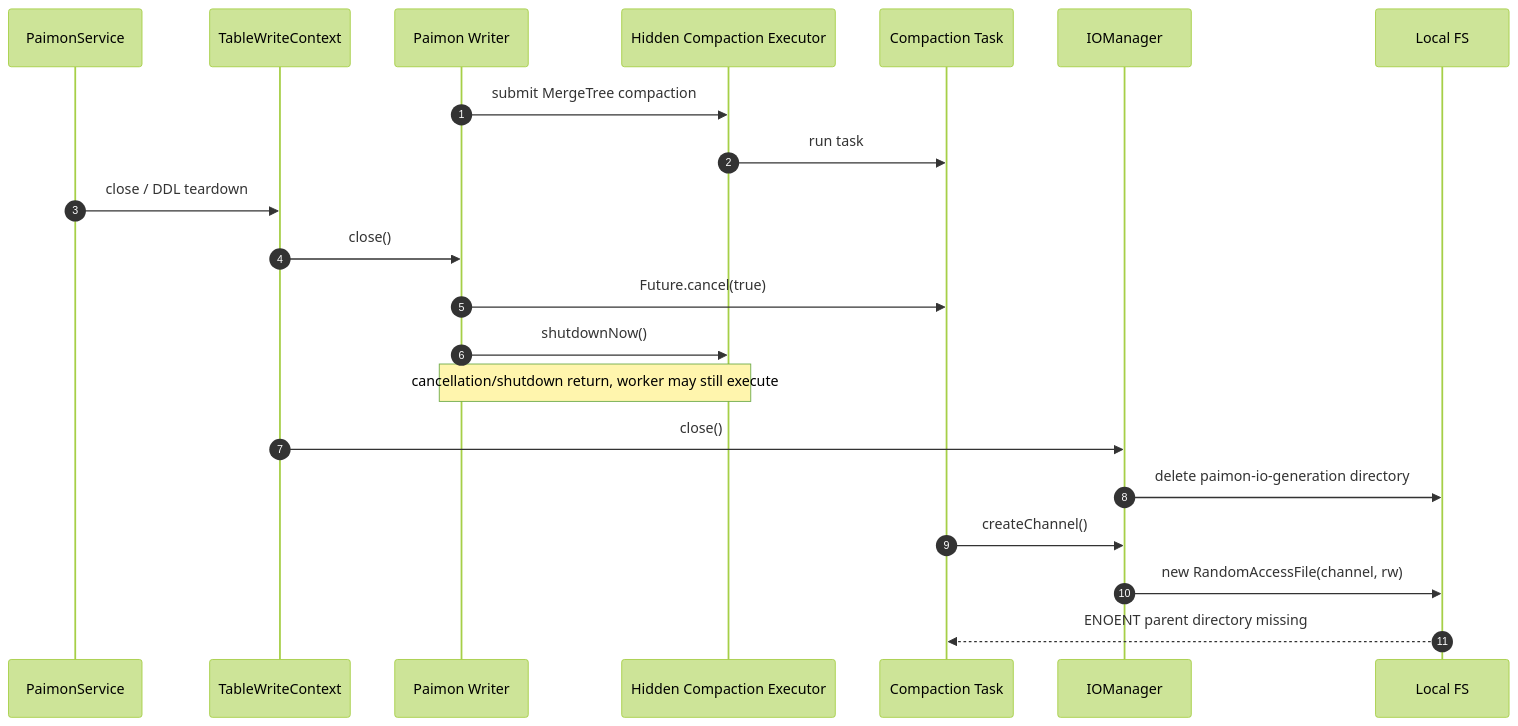
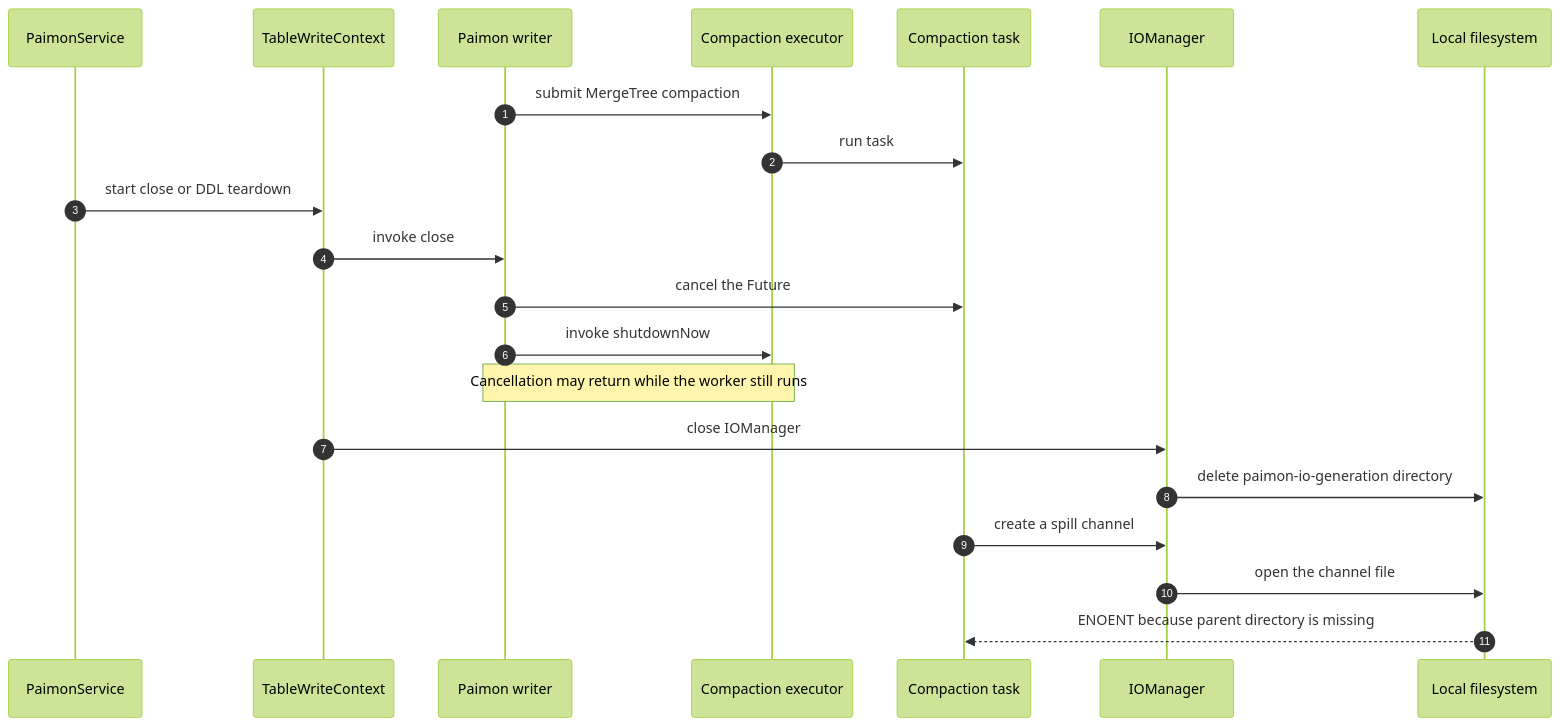
Before and after one commit to czy006/tapdata-connectors: the first of 5 diagrams in connectors/paimon-plus-connector/src/doc/paimon-spill-compaction-lifecycle-root-fix-spec.md, drawn with Mermaid (forest theme). The commit also changed other lines of this file and 1 other file, not shown here.

First line of the commit message:
docs: make Paimon lifecycle diagrams portable

````diff
--- a/connectors/paimon-plus-connector/src/doc/paimon-spill-compaction-lifecycle-root-fix-spec.md
+++ b/connectors/paimon-plus-connector/src/doc/paimon-spill-compaction-lifecycle-root-fix-spec.md
@@ -191,24 +197,24 @@
 ```mermaid
 sequenceDiagram
     autonumber
     participant S as PaimonService
     participant C as TableWriteContext
-    participant W as Paimon Writer
-    participant E as Hidden Compaction Executor
-    participant T as Compaction Task
+    participant W as Paimon writer
+    participant E as Compaction executor
+    participant T as Compaction task
     participant IO as IOManager
-    participant FS as Local FS
+    participant FS as Local filesystem
 
     W->>E: submit MergeTree compaction
     E->>T: run task
-    S->>C: close / DDL teardown
-    C->>W: close()
-    W->>T: Future.cancel(true)
-    W->>E: shutdownNow()
-    Note over W,E: cancellation/shutdown return, worker may still execute
-    C->>IO: close()
+    S->>C: start close or DDL teardown
+    C->>W: invoke close
+    W->>T: cancel the Future
+    W->>E: invoke shutdownNow
+    Note over W,E: Cancellation may return while the worker still runs
+    C->>IO: close IOManager
     IO->>FS: delete paimon-io-generation directory
-    T->>IO: createChannel()
-    IO->>FS: new RandomAccessFile(channel, rw)
-    FS-->>T: ENOENT parent directory missing
+    T->>IO: create a spill channel
+    IO->>FS: open the channel file
+    FS-->>T: ENOENT because parent directory is missing
 ```
````
